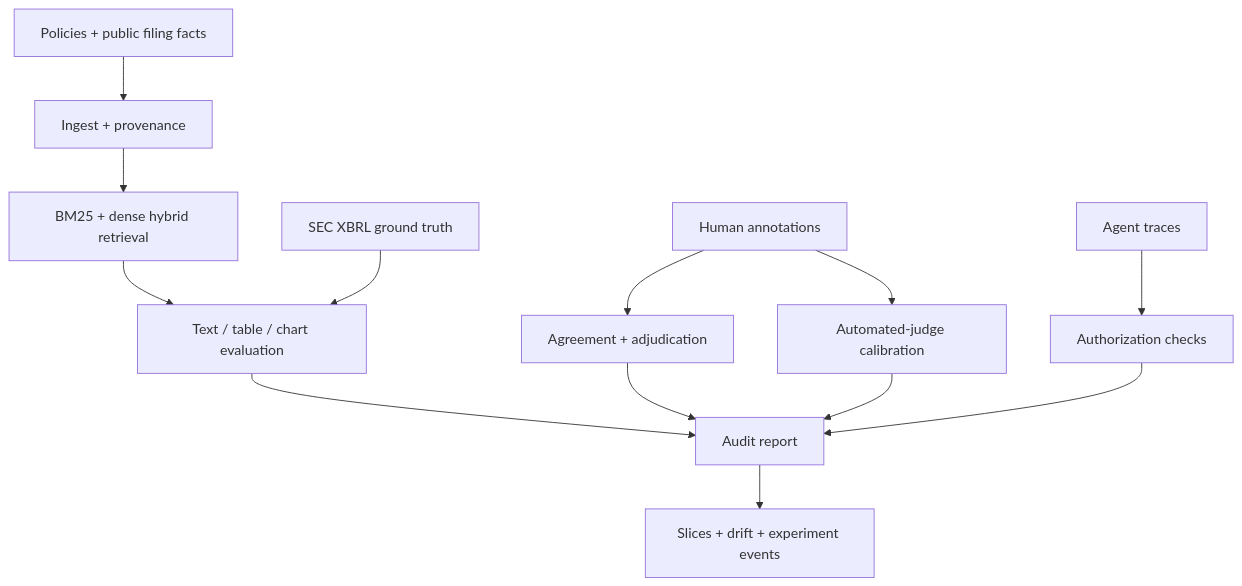
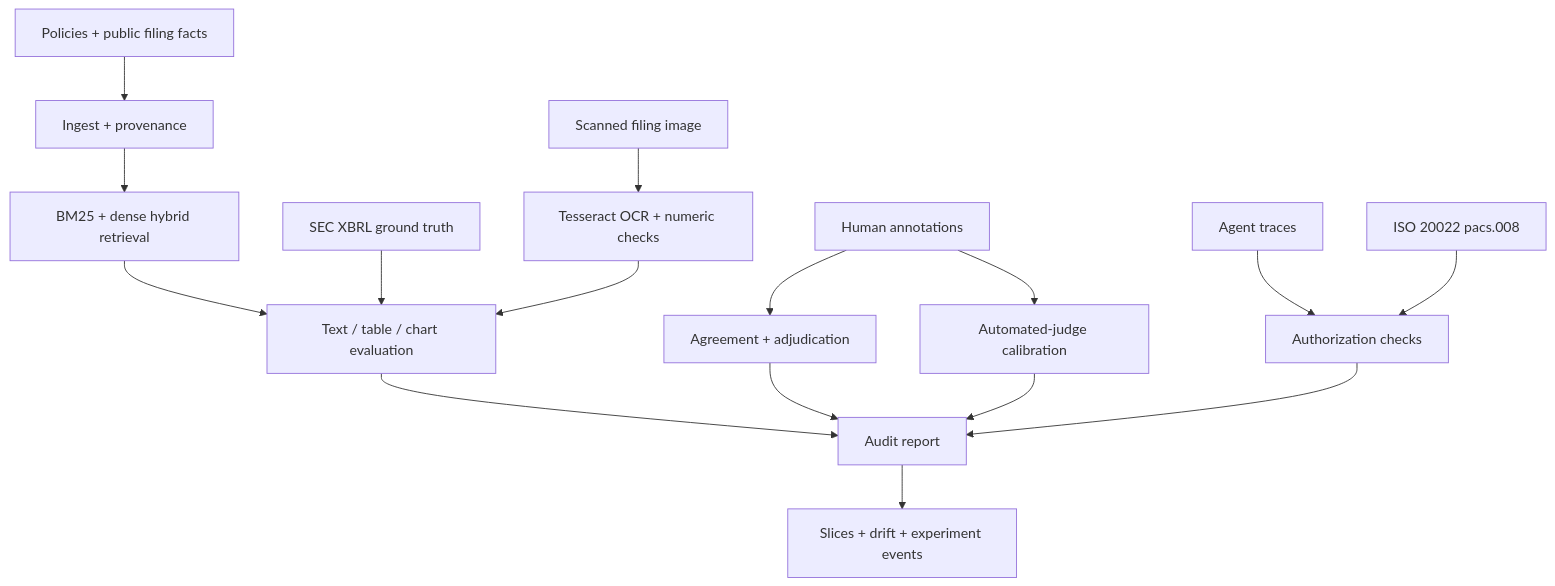
One commit to ikarib/FinEvalKit changed the diagram in README.md. Above: the diagram before and after it, drawn with Mermaid. The commit also changed other lines of this file and 33 other files, not shown here.

Commit message:
Add OCR, IFRS, ISO 20022, and model benchmarks

````diff
--- a/README.md
+++ b/README.md
@@ -31,15 +31,18 @@
 ```mermaid
 flowchart TD
     A["Policies + public filing facts"] --> B["Ingest + provenance"]
     B --> C["BM25 + dense hybrid retrieval"]
     C --> D["Text / table / chart evaluation"]
     X["SEC XBRL ground truth"] --> D
     E["Human annotations"] --> F["Agreement + adjudication"]
     E --> J["Automated-judge calibration"]
     G["Agent traces"] --> H["Authorization checks"]
+    P["ISO 20022 pacs.008"] --> H
+    O["Scanned filing image"] --> T["Tesseract OCR + numeric checks"]
+    T --> D
     D --> I["Audit report"]
     F --> I
     J --> I
     H --> I
     I --> M["Slices + drift + experiment events"]
 ```
````
